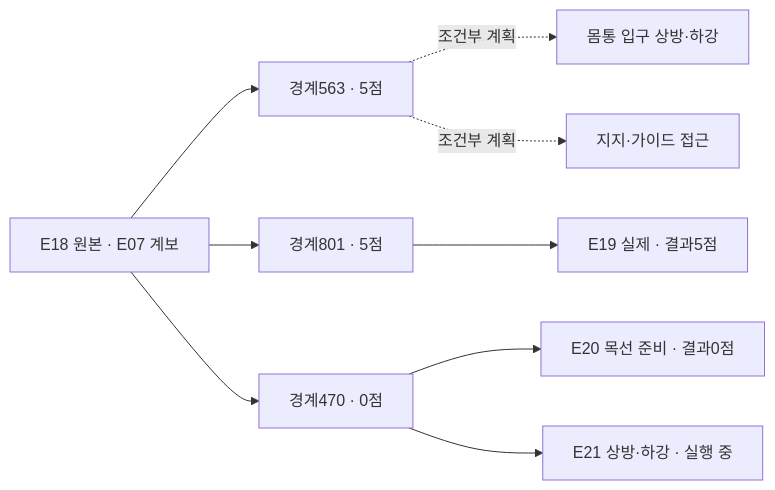
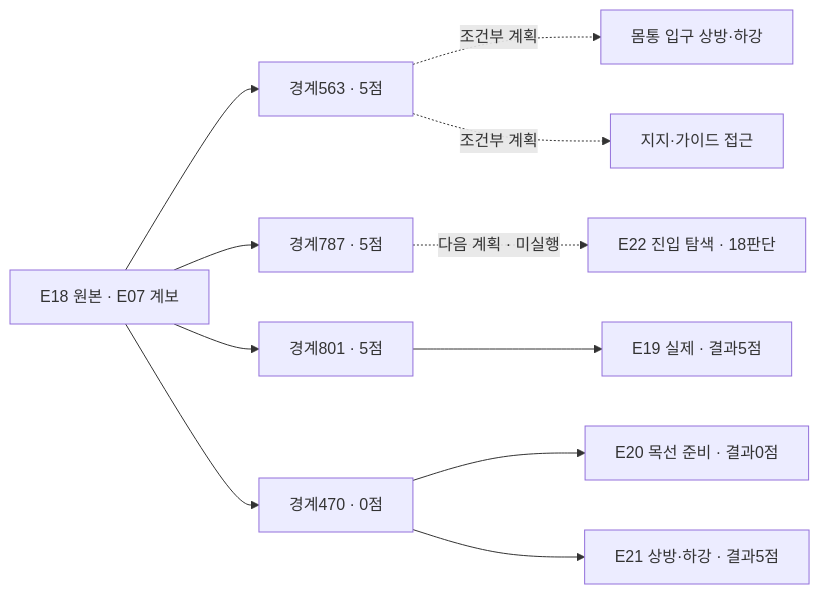
One commit to leonyoon-3dai/PhyRC_2027_phase1 changed the diagram in docs/collection/catalog/README.ko.md. Above: the diagram before and after it, drawn with Mermaid. The commit also changed other lines of this file and 37 other files, not shown here.

````diff
--- a/docs/collection/catalog/README.ko.md
+++ b/docs/collection/catalog/README.ko.md
@@ -25,11 +25,13 @@
 ```mermaid
 flowchart LR
   E18["E18 원본 · E07 계보"] --> P563["경계563 · 5점"]
+  E18 --> P787["경계787 · 5점"]
   E18 --> P801["경계801 · 5점"]
   E18 --> P470["경계470 · 0점"]
   P563 -. "조건부 계획" .-> O["몸통 입구 상방·하강"]
   P563 -. "조건부 계획" .-> G["지지·가이드 접근"]
   P801 --> E19["E19 실제 · 결과5점"]
   P470 --> E20["E20 목선 준비 · 결과0점"]
-  P470 --> E21["E21 상방·하강 · 실행 중"]
+  P470 --> E21["E21 상방·하강 · 결과5점"]
+  P787 -. "다음 계획 · 미실행" .-> E22["E22 진입 탐색 · 18판단"]
 ```
````
